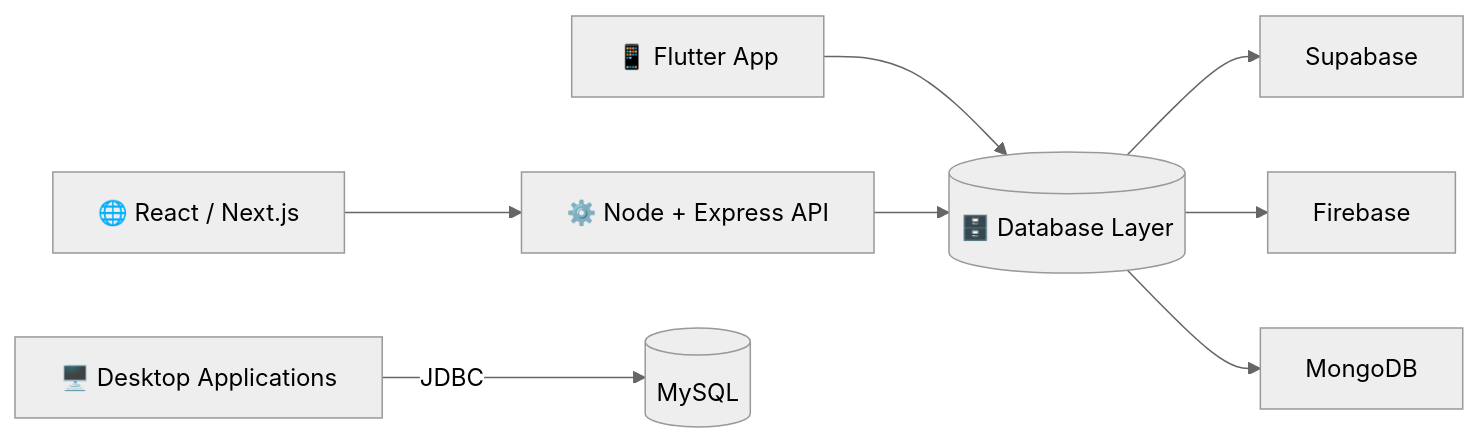
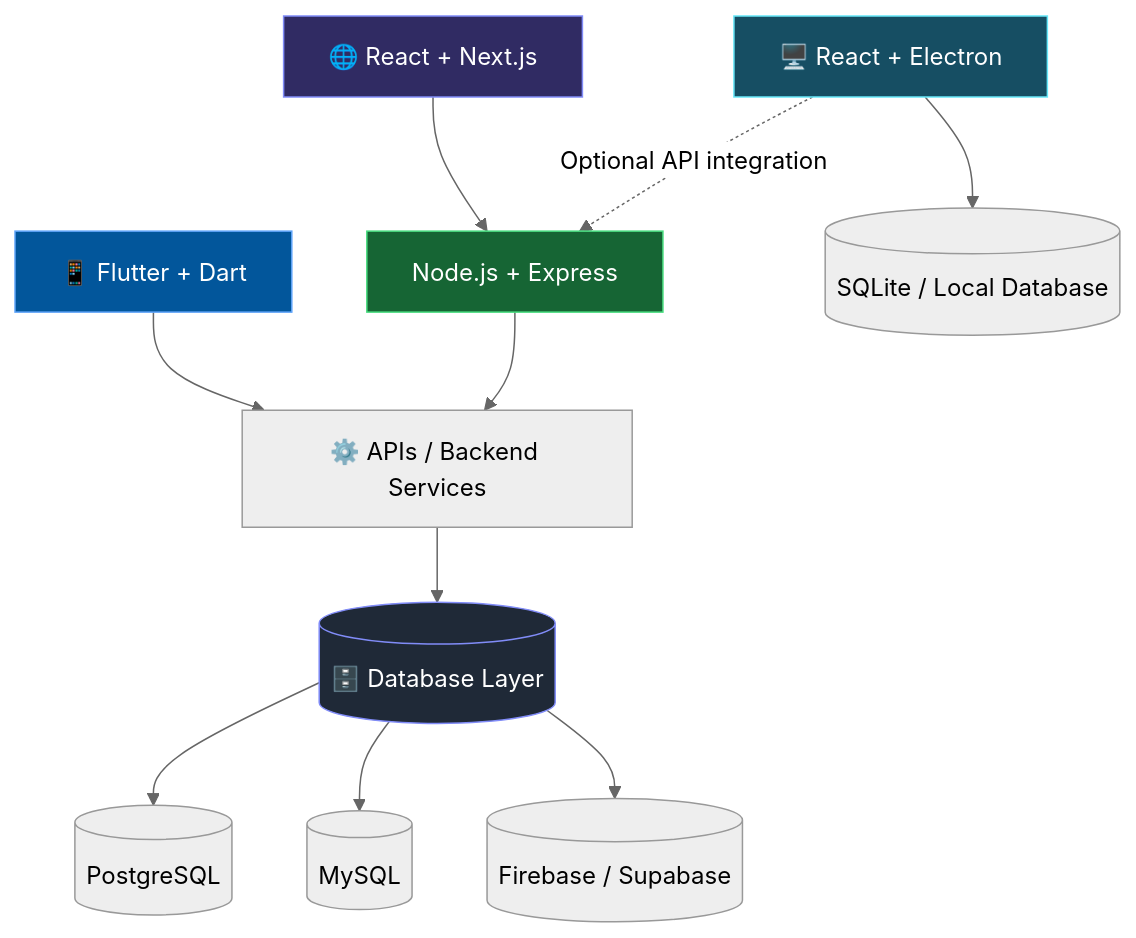
The diagram in README.md (shabii804/shabii804), drawn with Mermaid (neutral theme) before and after one commit. The commit also changed other lines of this file, not shown here.

````diff
--- a/README.md
+++ b/README.md
@@ -128,10 +203,23 @@
 ```mermaid
-flowchart LR
-    A[📱 Flutter App] --> D
-    B[🌐 React / Next.js] --> C[⚙️ Node + Express API]
-    C --> D[(🗄️ Database Layer)]
-    E[🖥️ Desktop Applications] -->|JDBC| F[(MySQL)]
-    D --> G[Supabase]
-    D --> H[Firebase]
-    D --> I[MongoDB]
+flowchart TB
+    A["📱 Flutter + Dart"] --> G["⚙️ APIs / Backend Services"]
+
+    B["🌐 React + Next.js"] --> C["Node.js + Express"]
+
+    C --> G
+
+    G --> D[("🗄️ Database Layer")]
+
+    D --> E[("PostgreSQL")]
+    D --> F[("MySQL")]
+    D --> H[("Firebase / Supabase")]
+
+    I["🖥️ React + Electron"] --> J[("SQLite / Local Database")]
+    I -. "Optional API integration" .-> C
+
+    style A fill:#02569B,color:#fff,stroke:#60A5FA
+    style B fill:#302B63,color:#fff,stroke:#818CF8
+    style C fill:#166534,color:#fff,stroke:#4ADE80
+    style I fill:#164E63,color:#fff,stroke:#67E8F9
+    style D fill:#1F2937,color:#fff,stroke:#818CF8
 ```
````
